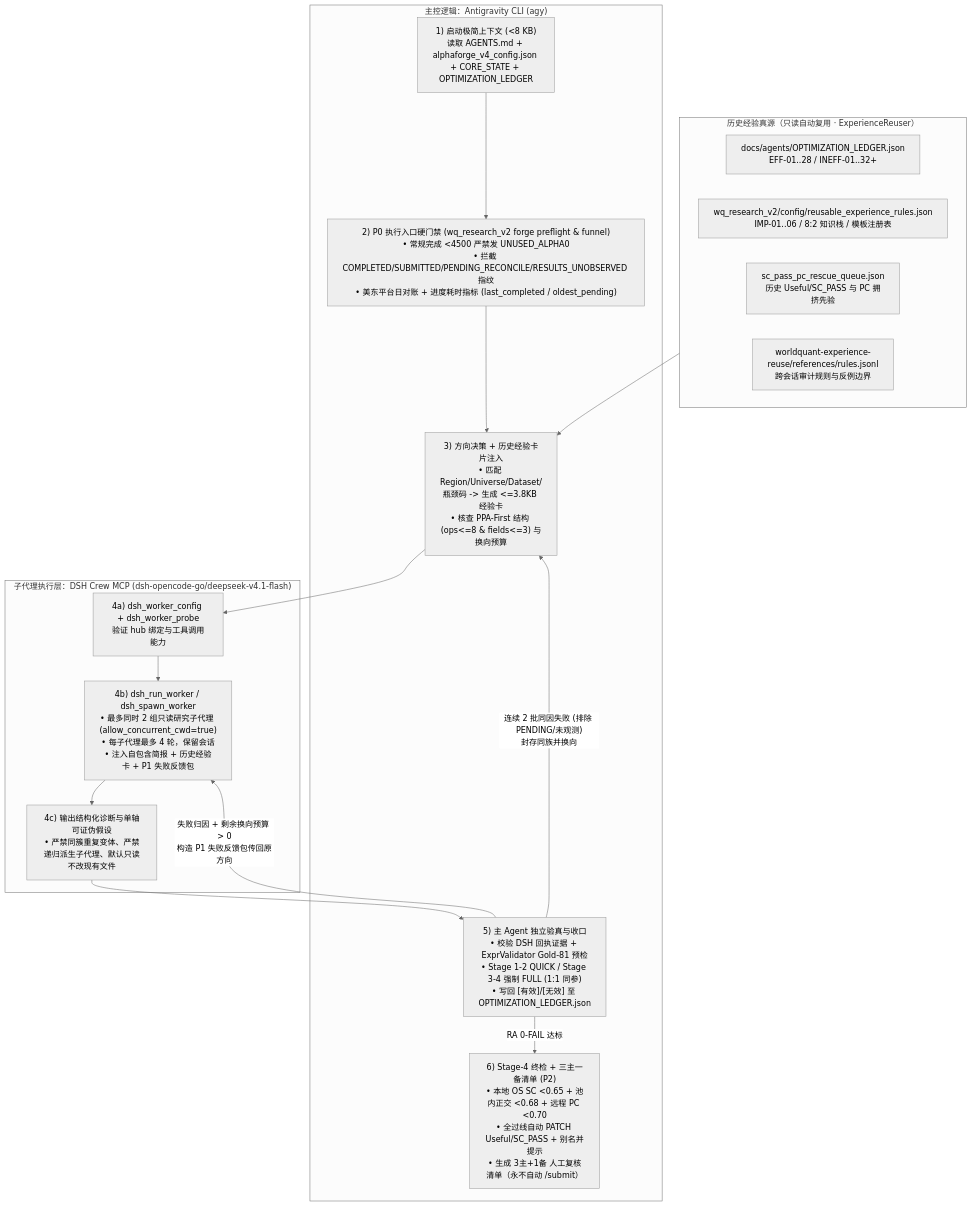
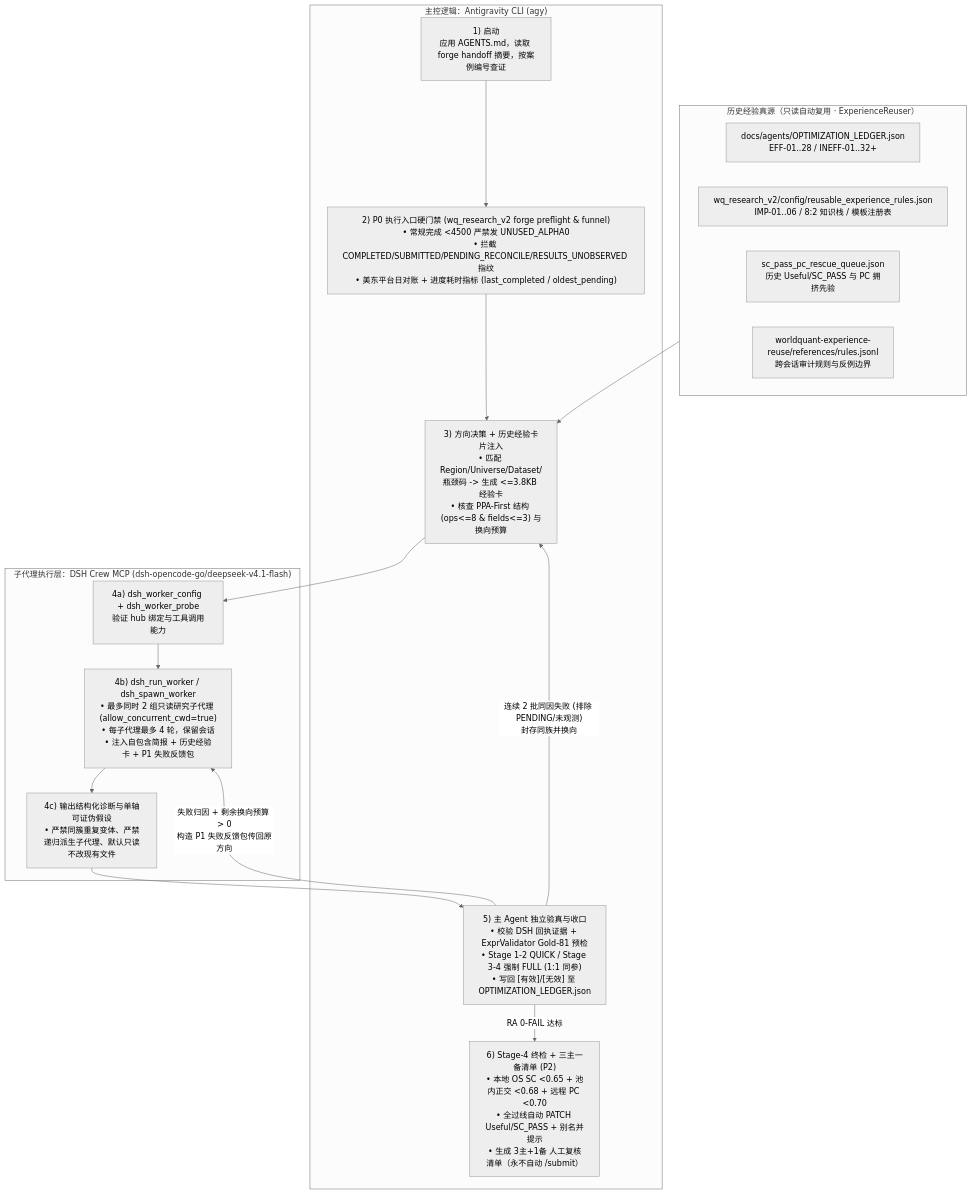
Before and after one commit to LuckDogGuan/wq_learn: the diagram in docs/alphaforge_v4/ALPHAFORGE_V4_WORKFLOW.md, drawn with Mermaid (neutral theme). The commit also changed other lines of this file and 3 other files, not shown here.

First line of the commit message:
docs(agents): switch startup guidance to the forge handoff summary

````diff
--- a/docs/alphaforge_v4/ALPHAFORGE_V4_WORKFLOW.md
+++ b/docs/alphaforge_v4/ALPHAFORGE_V4_WORKFLOW.md
@@ -12,29 +12,29 @@
 ```mermaid
 flowchart TD
     subgraph EXP["历史经验真源（只读自动复用 · ExperienceReuser）"]
         E1["docs/agents/OPTIMIZATION_LEDGER.json<br/>EFF-01..28 / INEFF-01..32+"]
         E2["wq_research_v2/config/reusable_experience_rules.json<br/>IMP-01..06 / 8:2 知识栈 / 模板注册表"]
         E3["sc_pass_pc_rescue_queue.json<br/>历史 Useful/SC_PASS 与 PC 拥挤先验"]
         E4["worldquant-experience-reuse/references/rules.jsonl<br/>跨会话审计规则与反例边界"]
     end
 
     subgraph AGY["主控逻辑：Antigravity CLI (agy)"]
-        A1["1) 启动极简上下文 (<8 KB)<br/>读取 AGENTS.md + alphaforge_v4_config.json + CORE_STATE + OPTIMIZATION_LEDGER"]
+        A1["1) 启动<br/>应用 AGENTS.md，读取 forge handoff 摘要，按案例编号查证"]
         A2["2) P0 执行入口硬门禁 (wq_research_v2 forge preflight & funnel)<br/>• 常规完成 <4500 严禁发 UNUSED_ALPHA0<br/>• 拦截 COMPLETED/SUBMITTED/PENDING_RECONCILE/RESULTS_UNOBSERVED 指纹<br/>• 美东平台日对账 + 进度耗时指标 (last_completed / oldest_pending)"]
         A3["3) 方向决策 + 历史经验卡片注入<br/>• 匹配 Region/Universe/Dataset/瓶颈码 -> 生成 <=3.8KB 经验卡<br/>• 核查 PPA-First 结构 (ops<=8 & fields<=3) 与换向预算"]
         A4["5) 主 Agent 独立验真与收口<br/>• 校验 DSH 回执证据 + ExprValidator Gold-81 预检<br/>• Stage 1-2 QUICK / Stage 3-4 强制 FULL (1:1 同参)<br/>• 写回 [有效]/[无效] 至 OPTIMIZATION_LEDGER.json"]
         A5["6) Stage-4 终检 + 三主一备清单 (P2)<br/>• 本地 OS SC <0.65 + 池内正交 <0.68 + 远程 PC <0.70<br/>• 全过线自动 PATCH Useful/SC_PASS + 别名并提示<br/>• 生成 3主+1备 人工复核清单（永不自动 /submit）"]
     end
 
     subgraph DSH["子代理执行层：DSH Crew MCP (dsh-opencode-go/deepseek-v4.1-flash)"]
         D1["4a) dsh_worker_config + dsh_worker_probe<br/>验证 hub 绑定与工具调用能力"]
         D2["4b) dsh_run_worker / dsh_spawn_worker<br/>• 最多同时 2 组只读研究子代理 (allow_concurrent_cwd=true)<br/>• 每子代理最多 4 轮，保留会话<br/>• 注入自包含简报 + 历史经验卡 + P1 失败反馈包"]
         D3["4c) 输出结构化诊断与单轴可证伪假设<br/>• 严禁同簇重复变体、严禁递归派生子代理、默认只读不改现有文件"]
     end
 
     EXP --> A3
     A1 --> A2 --> A3 --> D1 --> D2 --> D3 --> A4
     A4 -- "失败归因 + 剩余换向预算 > 0<br/>构造 P1 失败反馈包传回原方向" --> D2
     A4 -- "连续 2 批同因失败 (排除 PENDING/未观测)<br/>封存同族并换向" --> A3
     A4 -- "RA 0-FAIL 达标" --> A5
 ```
````
